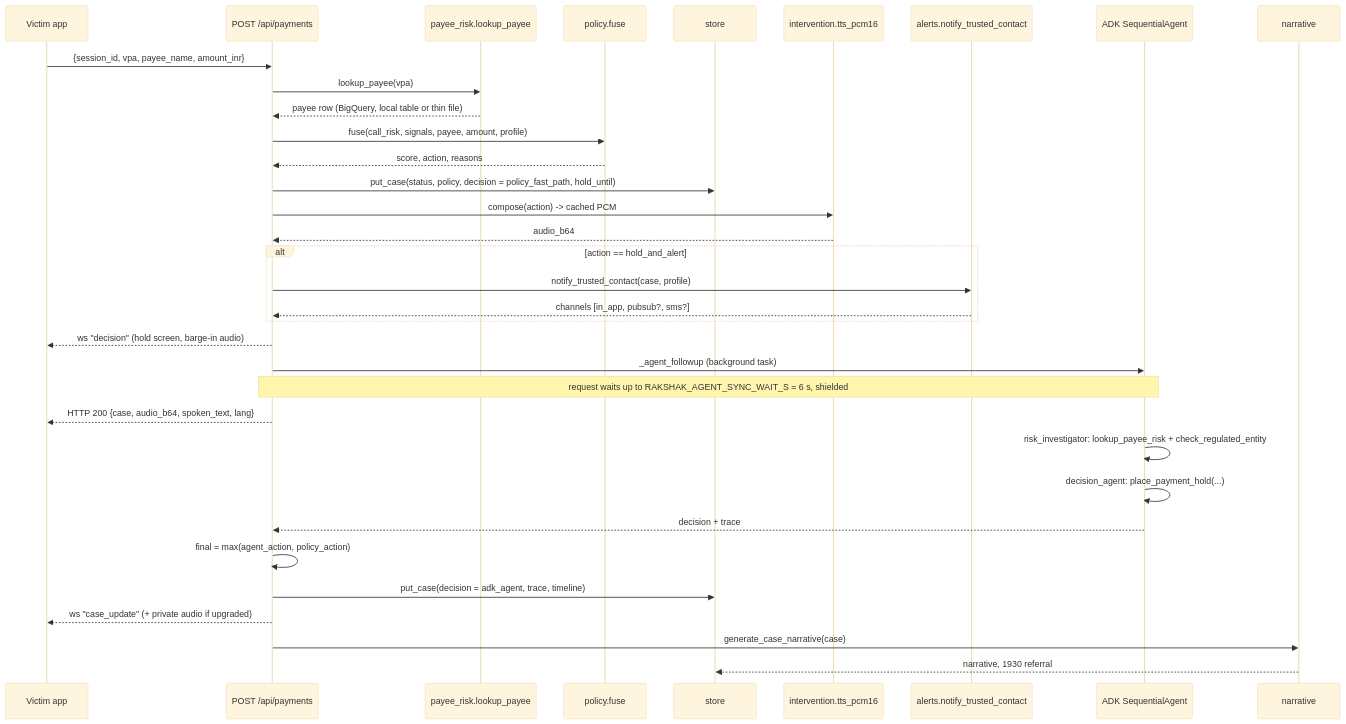
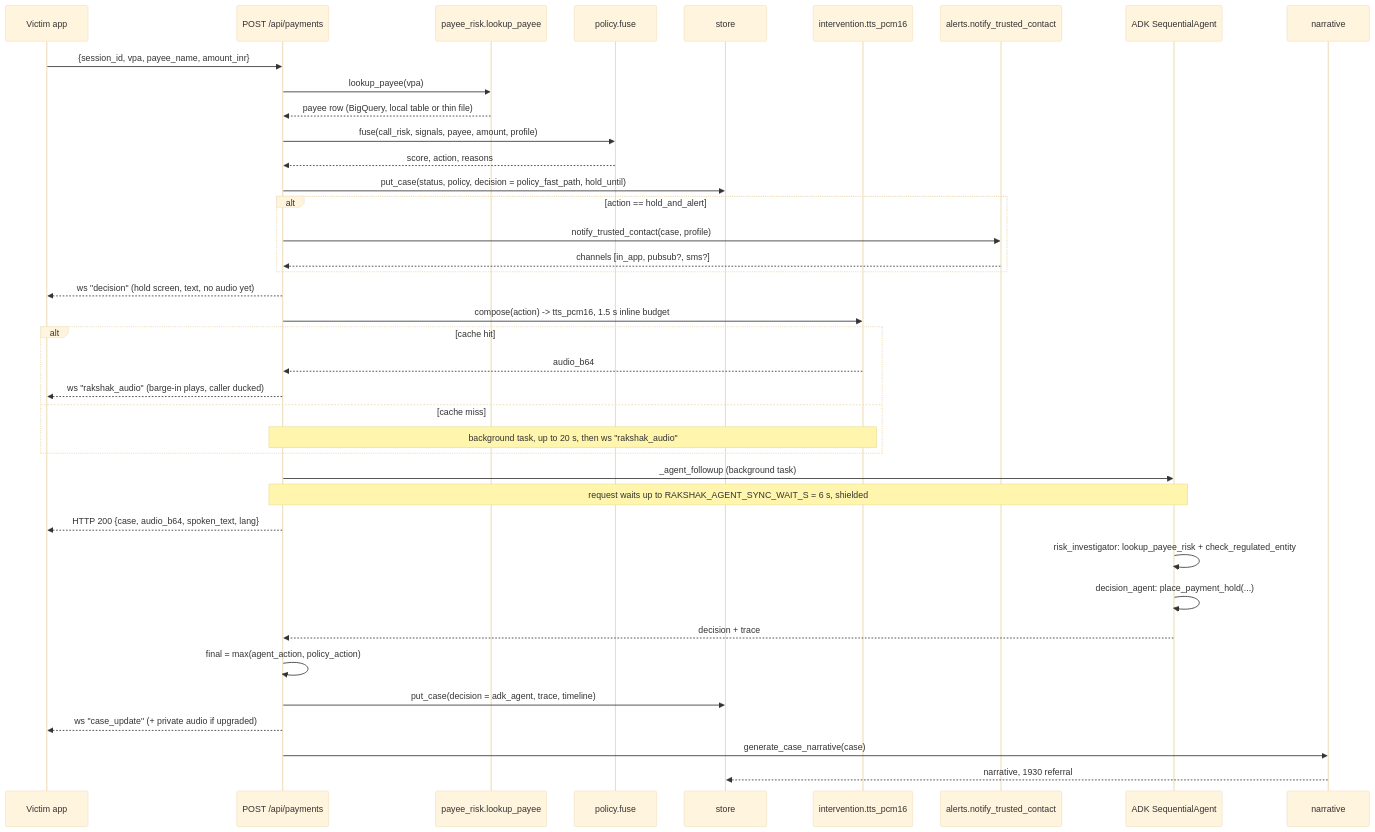
One commit to devaramanelohith/rakshak-agent changed the diagram in docs/ARCHITECTURE.md. Above: the diagram before and after it, drawn with Mermaid (base theme). The commit also changed other lines of this file and 6 other files, not shown here.

Commit message:
Docs: README, architecture, deployment, deck outline, security; MIT license; deploy IAM grants

````diff
--- a/docs/ARCHITECTURE.md
+++ b/docs/ARCHITECTURE.md
@@ -214,37 +217,42 @@
 ```mermaid
 sequenceDiagram
   participant U as Victim app
   participant API as POST /api/payments
   participant PR as payee_risk.lookup_payee
   participant P as policy.fuse
   participant S as store
   participant TTS as intervention.tts_pcm16
   participant AL as alerts.notify_trusted_contact
   participant ADK as ADK SequentialAgent
   participant N as narrative
 
   U->>API: {session_id, vpa, payee_name, amount_inr}
   API->>PR: lookup_payee(vpa)
   PR-->>API: payee row (BigQuery, local table or thin file)
   API->>P: fuse(call_risk, signals, payee, amount, profile)
   P-->>API: score, action, reasons
   API->>S: put_case(status, policy, decision = policy_fast_path, hold_until)
-  API->>TTS: compose(action) -> cached PCM
-  TTS-->>API: audio_b64
   alt action == hold_and_alert
     API->>AL: notify_trusted_contact(case, profile)
     AL-->>API: channels [in_app, pubsub?, sms?]
   end
-  API-->>U: ws "decision" (hold screen, barge-in audio)
+  API-->>U: ws "decision" (hold screen, text, no audio yet)
+  API->>TTS: compose(action) -> tts_pcm16, 1.5 s inline budget
+  alt cache hit
+    TTS-->>API: audio_b64
+    API-->>U: ws "rakshak_audio" (barge-in plays, caller ducked)
+  else cache miss
+    Note over API,TTS: background task, up to 20 s, then ws "rakshak_audio"
+  end
   API->>ADK: _agent_followup (background task)
   Note over API,ADK: request waits up to RAKSHAK_AGENT_SYNC_WAIT_S = 6 s, shielded
   API-->>U: HTTP 200 {case, audio_b64, spoken_text, lang}
   ADK->>ADK: risk_investigator: lookup_payee_risk + check_regulated_entity
   ADK->>ADK: decision_agent: place_payment_hold(...)
   ADK-->>API: decision + trace
   API->>API: final = max(agent_action, policy_action)
   API->>S: put_case(decision = adk_agent, trace, timeline)
   API-->>U: ws "case_update" (+ private audio if upgraded)
   API->>N: generate_case_narrative(case)
   N-->>S: narrative, 1930 referral
 ```
````
